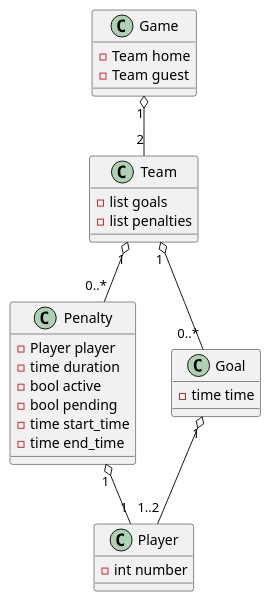
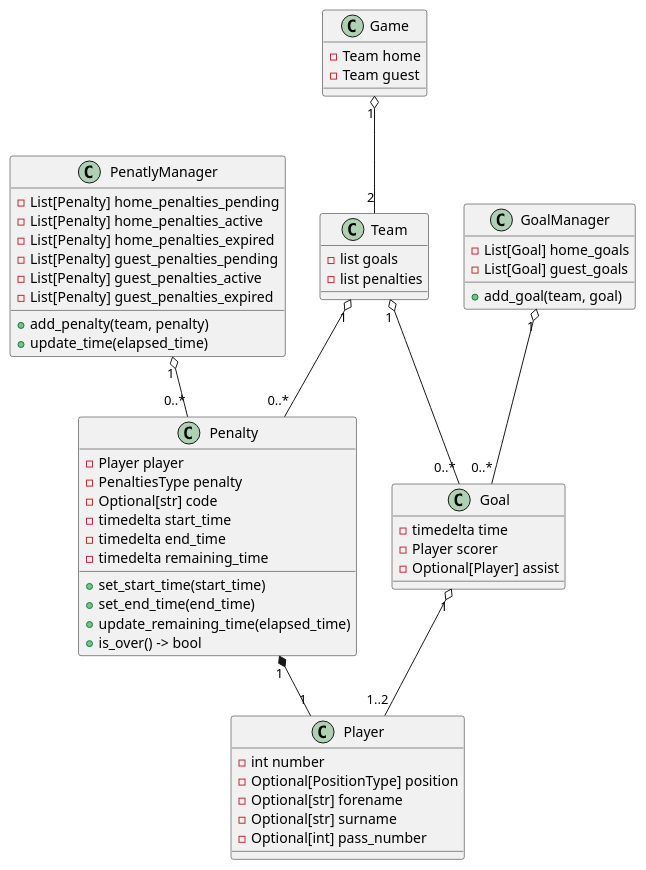
Before and after one commit to maerkl24/hockeygameclock: the diagram in docs/plantuml/overview.plantuml, drawn with PlantUML. The commit also changed 8 other files, not shown here.

```diff
--- a/docs/plantuml/overview.plantuml
+++ b/docs/plantuml/overview.plantuml
@@ -1,35 +1,64 @@
 @startuml Overview
 
 class Player {
     - int number
+    - Optional[PositionType] position
+    - Optional[str] forename
+    - Optional[str] surname
+    - Optional[int] pass_number
 }
 
 class Penalty {
     - Player player
-    - time duration
-    - bool active
-    - bool pending
-    - time start_time
-    - time end_time
+    - PenaltiesType penalty 
+    - Optional[str] code
+    - timedelta start_time
+    - timedelta end_time
+    - timedelta remaining_time
+    + set_start_time(start_time)
+    + set_end_time(end_time)
+    + update_remaining_time(elapsed_time)
+    + is_over() -> bool
 }
-Penalty "1" o-- "1" Player
+Penalty "1" *-- "1" Player
+
+class PenatlyManager {
+    - List[Penalty] home_penalties_pending
+    - List[Penalty] home_penalties_active
+    - List[Penalty] home_penalties_expired
+    - List[Penalty] guest_penalties_pending
+    - List[Penalty] guest_penalties_active
+    - List[Penalty] guest_penalties_expired
+    + add_penalty(team, penalty)
+    + update_time(elapsed_time)
+}
+PenatlyManager "1" o-- "0..*" Penalty
 
 class Goal {
-    - time time
+    - timedelta time
+    - Player scorer
+    - Optional[Player] assist
 }
 Goal "1" o-- "1..2" Player
+
+class GoalManager {
+    - List[Goal] home_goals
+    - List[Goal] guest_goals
+    + add_goal(team, goal)
+}
+GoalManager "1" o-- "0..*" Goal
 
 class Team {
     - list goals
     - list penalties
 }
 Team "1" o-- "0..*" Goal
 Team "1" o-- "0..*" Penalty
 
 class Game {
     - Team home
     - Team guest
 }
 Game "1" o-- "2" Team
 
 @enduml
```
